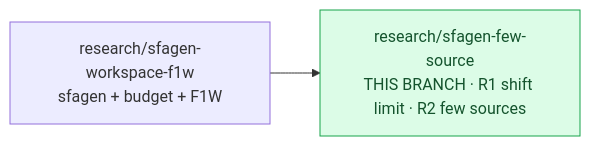
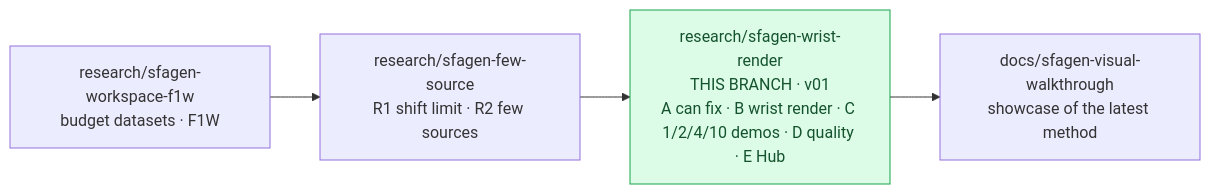
The diagram in README.md (StanleyChueh/lerobot_openarm), drawn with Mermaid before and after one commit. The commit also changed other lines of this file and 28 other files, not shown here.

Commit message:
research(sfagen C/D/G): all-passing variants per N (cap removed: it cut N=2 coverage 24->19), per-N configs incl. rendered-wrist ablation, build/QA drivers, card/push tools, branch README, visual guide stages 7-9 + decisions log

````diff
--- a/README.md
+++ b/README.md
@@ -7,6 +8,8 @@
 ```mermaid
 flowchart LR
-    F1W["research/sfagen-workspace-f1w<br/>sfagen + budget + F1W"] --> THIS["research/sfagen-few-source<br/>THIS BRANCH · R1 shift limit · R2 few sources"]
+    F1W["research/sfagen-workspace-f1w<br/>budget datasets · F1W"] --> FEW["research/sfagen-few-source<br/>R1 shift limit · R2 few sources"]
+    FEW --> THIS["research/sfagen-wrist-render<br/>THIS BRANCH · v01<br/>A can fix · B wrist render · C 1/2/4/10 demos · D quality · E Hub"]
+    THIS --> DOCS["docs/sfagen-visual-walkthrough<br/>showcase of the latest method"]
     classDef me fill:#dcfce7,stroke:#16a34a,color:#14532d
     class THIS me
 ```
````
